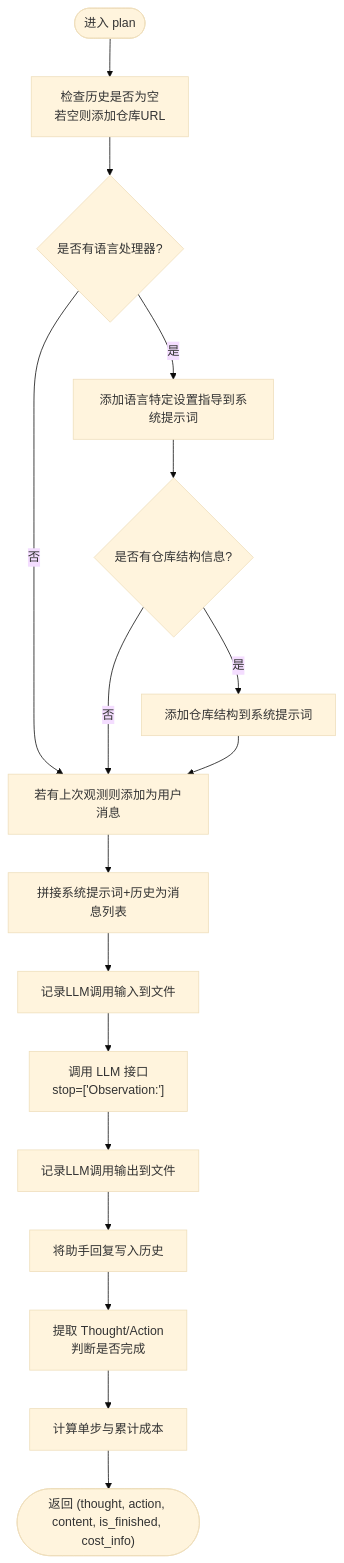
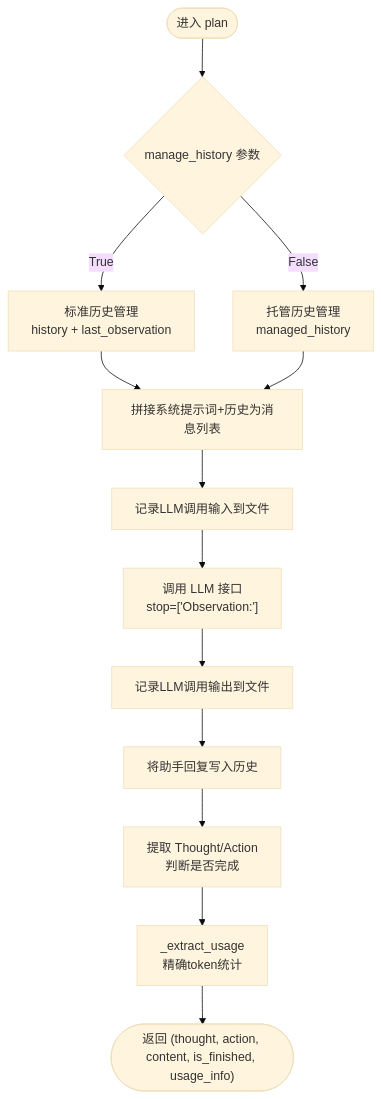
The fourth of 10 diagrams in .qoder/repowiki/zh/content/核心组件/Planner 模块.md (Jayint/Jayint-repo), drawn with Mermaid (base theme) before and after one commit. The commit also changed other lines of this file and 168 other files, not shown here.

````diff
--- a/.qoder/repowiki/zh/content/核心组件/Planner 模块.md
+++ b/.qoder/repowiki/zh/content/核心组件/Planner 模块.md
@@ -190,19 +187,15 @@
 ```mermaid
 flowchart TD
-Start(["进入 plan"]) --> Init["检查历史是否为空<br/>若空则添加仓库URL"]
-Init --> LangCheck{"是否有语言处理器?"}
-LangCheck --> |是| AddLangInstr["添加语言特定设置指导到系统提示词"]
-LangCheck --> |否| AddObs["若有上次观测则添加为用户消息"]
-AddLangInstr --> RepoCheck{"是否有仓库结构信息?"}
-RepoCheck --> |是| AddRepoInfo["添加仓库结构到系统提示词"]
-RepoCheck --> |否| AddObs
-AddRepoInfo --> AddObs
-AddObs --> BuildMsg["拼接系统提示词+历史为消息列表"]
+Start(["进入 plan"]) --> Init{"manage_history 参数"}
+Init --> |True| Standard["标准历史管理<br/>history + last_observation"]
+Init --> |False| Managed["托管历史管理<br/>managed_history"]
+Standard --> BuildMsg["拼接系统提示词+历史为消息列表"]
+Managed --> BuildMsg
 BuildMsg --> LogInput["记录LLM调用输入到文件"]
 LogInput --> CallLLM["调用 LLM 接口<br/>stop=['Observation:']"]
 CallLLM --> LogOutput["记录LLM调用输出到文件"]
 LogOutput --> SaveAssist["将助手回复写入历史"]
 SaveAssist --> Parse["提取 Thought/Action<br/>判断是否完成"]
-Parse --> Cost["计算单步与累计成本"]
-Cost --> Return(["返回 (thought, action, content, is_finished, cost_info)"])
+Parse --> Usage["_extract_usage<br/>精确token统计"]
+Usage --> Return(["返回 (thought, action, content, is_finished, usage_info)"])
 ```
````
